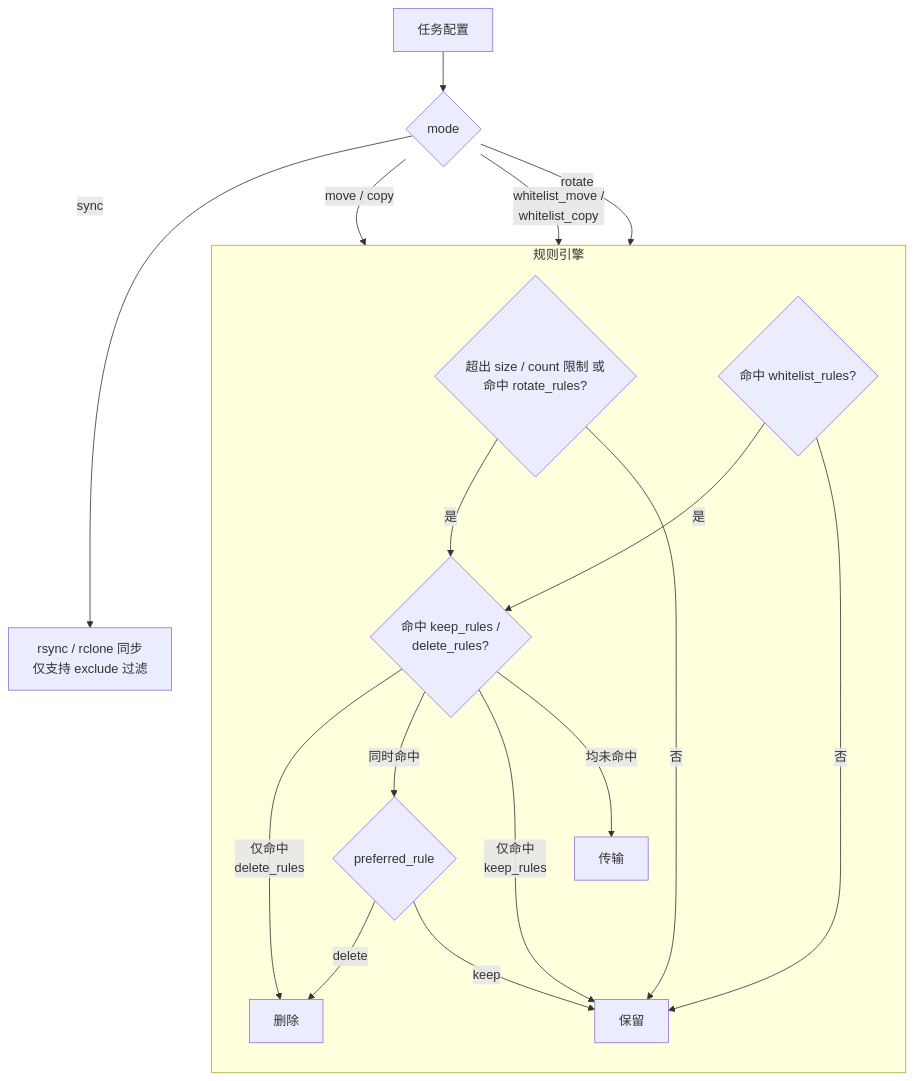
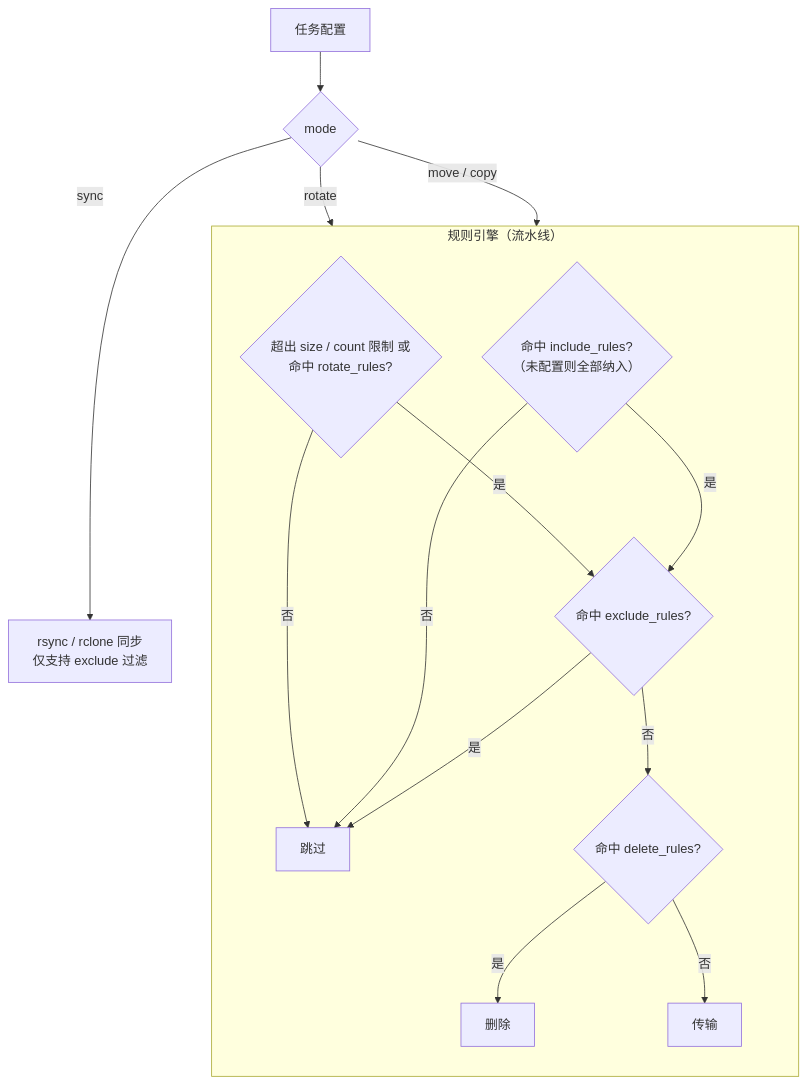
One commit to HexStan/SmartArchiver changed the diagram in README.md. Above: the diagram before and after it, drawn with Mermaid. The commit also changed other lines of this file and 11 other files, not shown here.

````diff
--- a/README.md
+++ b/README.md
@@ -267,27 +264,22 @@
 ```mermaid
 flowchart TD
     TASK["任务配置"] --> MODE{"mode"}
-
-    MODE -->|"move / copy"| BASE
-    MODE -->|"whitelist_move /<br>whitelist_copy"| WHITELIST
-    MODE -->|"rotate"| ROTATE
+  
+    MODE -->|"rotate"| ROTATE{"超出 size / count 限制 或<br>命中 rotate_rules?"}
+    MODE -->|"move / copy"| INCLUDE
     MODE -->|"sync"| SYNC["rsync / rclone 同步<br>仅支持 exclude 过滤"]
 
-    subgraph ENGINE["规则引擎"]
+    subgraph ENGINE["规则引擎（流水线）"]
         direction TB
 
-        ROTATE{"超出 size / count 限制 或<br>命中 rotate_rules?"} -->|"是"| BASE
+        ROTATE -->|"是"| EXCLUDE
         ROTATE -->|"否"| KEEP
 
-        WHITELIST{"命中 whitelist_rules?"} -->|"是"| BASE
-        WHITELIST -->|"否"| KEEP
-
-        BASE{"命中 keep_rules /<br>delete_rules?"} -->|"仅命中<br>delete_rules"| DELETE["删除"]
-        BASE -->|"同时命中"| PREFERRED{"preferred_rule"}
-        BASE -->|"仅命中<br>keep_rules"| KEEP["保留"]
-        BASE -->|"均未命中"| TRANSFER["传输"]
-
-        PREFERRED -->|"delete"| DELETE
-        PREFERRED -->|"keep"| KEEP
+        INCLUDE{"命中 include_rules?<br>（未配置则全部纳入）"} -->|"否"| KEEP
+        INCLUDE -->|"是"| EXCLUDE{"命中 exclude_rules?"}
+        EXCLUDE -->|"是"| KEEP["跳过"]
+        EXCLUDE -->|"否"| DEL{"命中 delete_rules?"}
+        DEL -->|"是"| DELETE["删除"]
+        DEL -->|"否"| TRANSFER["传输"]
     end
 ```
````
